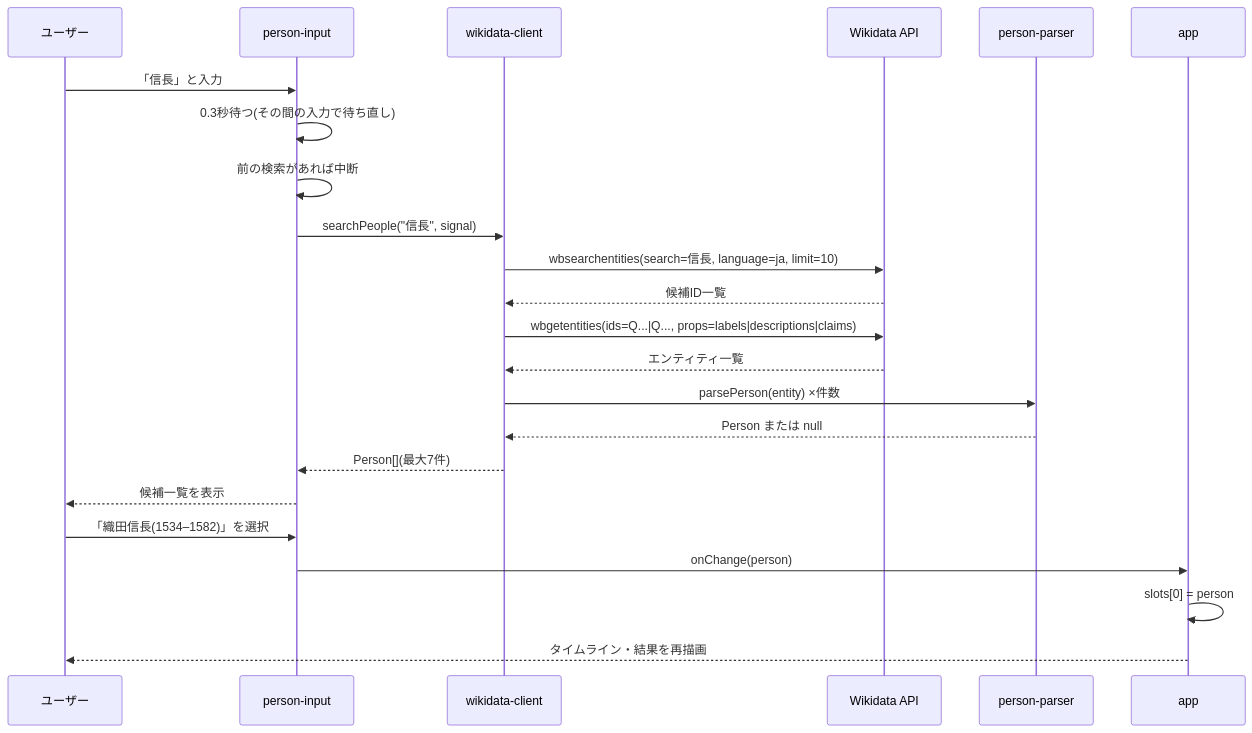
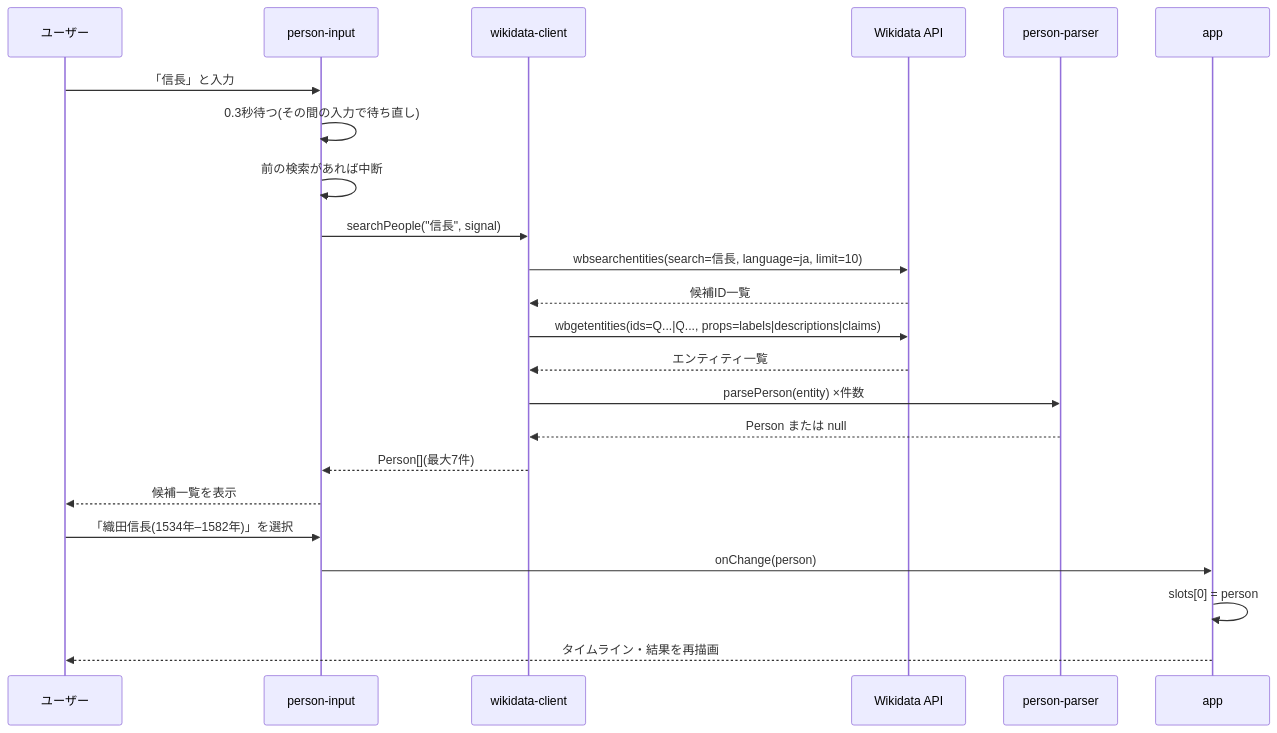
Before and after one commit to nogawa-asase/ijin-timeline: the third of 5 diagrams in docs/functional-design.md, drawn with Mermaid. The commit also changed other lines of this file and 6 other files, not shown here.

````diff
--- a/docs/functional-design.md
+++ b/docs/functional-design.md
@@ -315,26 +311,26 @@
 ```mermaid
 sequenceDiagram
     participant User as ユーザー
     participant Input as person-input
     participant Client as wikidata-client
     participant API as Wikidata API
     participant Parser as person-parser
     participant App as app
 
     User->>Input: 「信長」と入力
     Input->>Input: 0.3秒待つ(その間の入力で待ち直し)
     Input->>Input: 前の検索があれば中断
     Input->>Client: searchPeople("信長", signal)
     Client->>API: wbsearchentities(search=信長, language=ja, limit=10)
     API-->>Client: 候補ID一覧
     Client->>API: wbgetentities(ids=Q...|Q..., props=labels|descriptions|claims)
     API-->>Client: エンティティ一覧
     Client->>Parser: parsePerson(entity) ×件数
     Parser-->>Client: Person または null
     Client-->>Input: Person[](最大7件)
     Input-->>User: 候補一覧を表示
-    User->>Input: 「織田信長(1534–1582)」を選択
+    User->>Input: 「織田信長(1534年–1582年)」を選択
     Input->>App: onChange(person)
     App->>App: slots[0] = person
     App-->>User: タイムライン・結果を再描画
 ```
````
